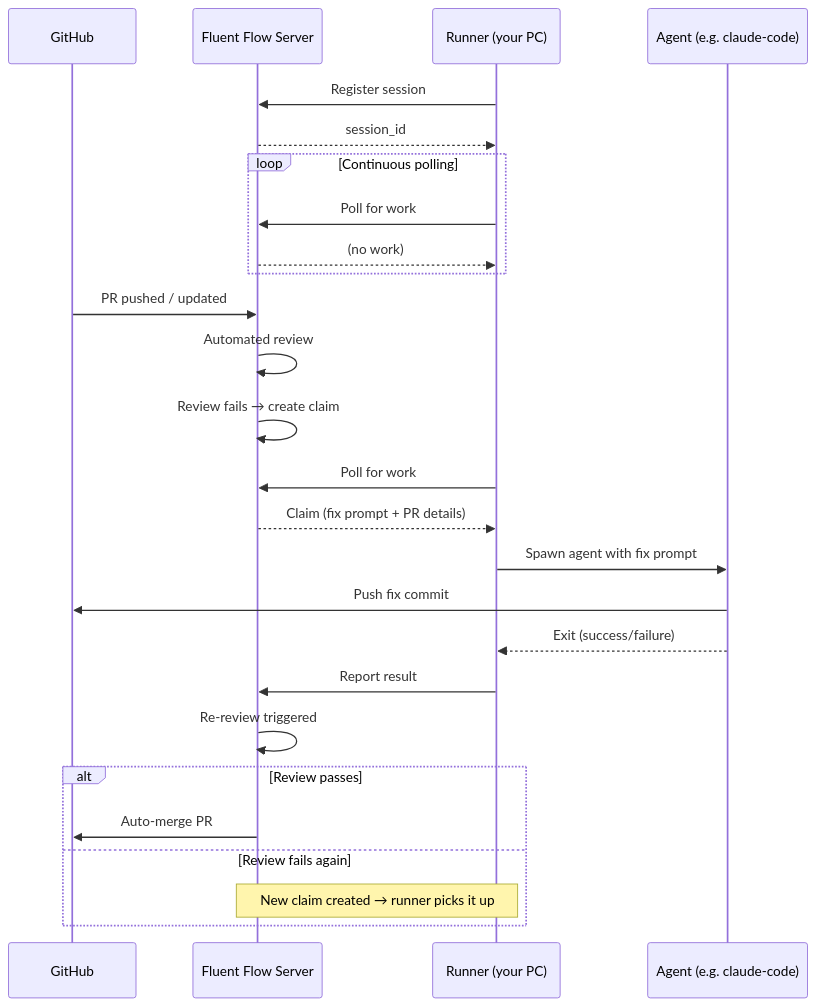
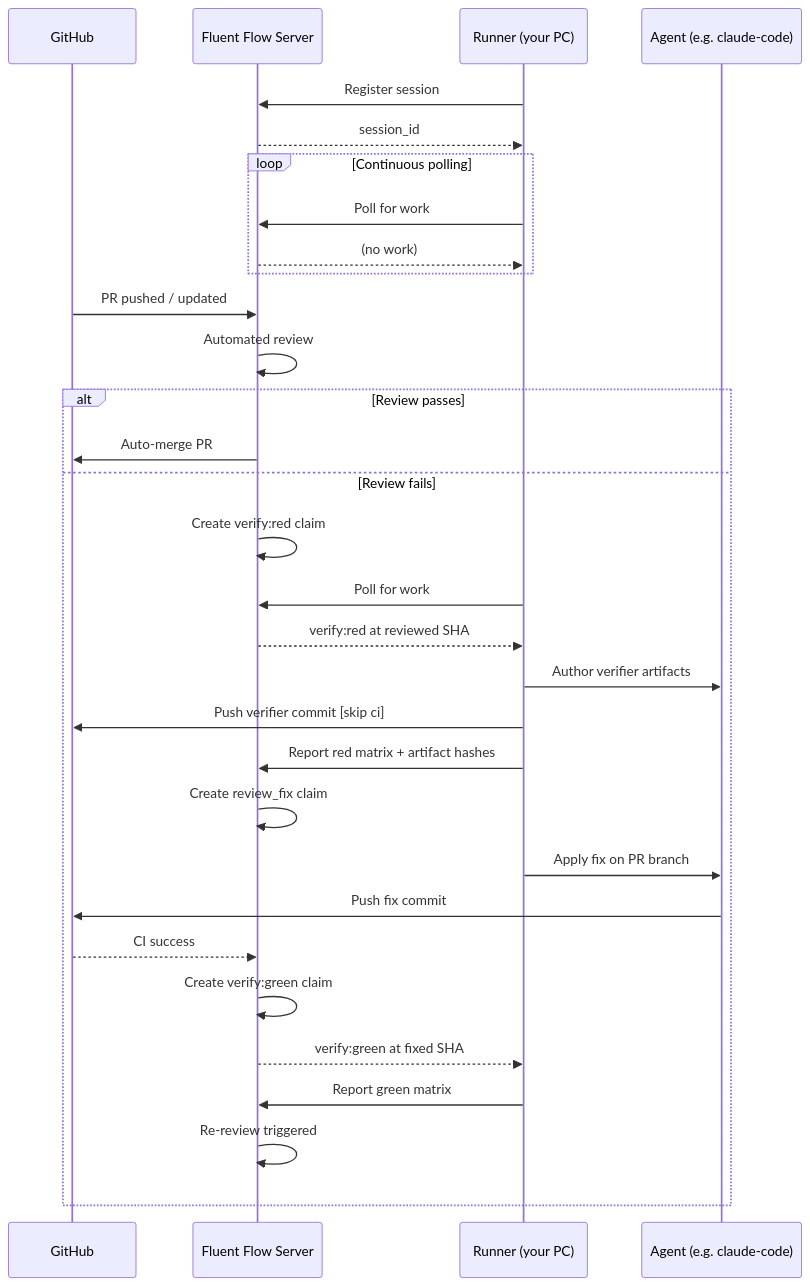
Before and after one commit to fluent-io/fluent-flow: the diagram in packages/fluent-flow-runner/README.md, drawn with Mermaid. The commit also changed other lines of this file and 15 other files, not shown here.

Commit message:
feat: ship verify claim type and runner capabilities

````diff
--- a/packages/fluent-flow-runner/README.md
+++ b/packages/fluent-flow-runner/README.md
@@ -209,33 +225,36 @@
 ```mermaid
 sequenceDiagram
     participant GH as GitHub
     participant FF as Fluent Flow Server
     participant R as Runner (your PC)
     participant A as Agent (e.g. claude-code)
 
     R->>FF: Register session
     FF-->>R: session_id
 
     loop Continuous polling
         R->>FF: Poll for work
         FF-->>R: (no work)
     end
 
     GH->>FF: PR pushed / updated
     FF->>FF: Automated review
-    FF->>FF: Review fails → create claim
-
-    R->>FF: Poll for work
-    FF-->>R: Claim (fix prompt + PR details)
-    R->>A: Spawn agent with fix prompt
-    A->>GH: Push fix commit
-    A-->>R: Exit (success/failure)
-    R->>FF: Report result
-
-    FF->>FF: Re-review triggered
     alt Review passes
         FF->>GH: Auto-merge PR
-    else Review fails again
-        Note over FF,R: New claim created → runner picks it up
+    else Review fails
+        FF->>FF: Create verify:red claim
+        R->>FF: Poll for work
+        FF-->>R: verify:red at reviewed SHA
+        R->>A: Author verifier artifacts
+        R->>GH: Push verifier commit [skip ci]
+        R->>FF: Report red matrix + artifact hashes
+        FF->>FF: Create review_fix claim
+        R->>A: Apply fix on PR branch
+        A->>GH: Push fix commit
+        GH-->>FF: CI success
+        FF->>FF: Create verify:green claim
+        FF-->>R: verify:green at fixed SHA
+        R->>FF: Report green matrix
+        FF->>FF: Re-review triggered
     end
 ```
````
